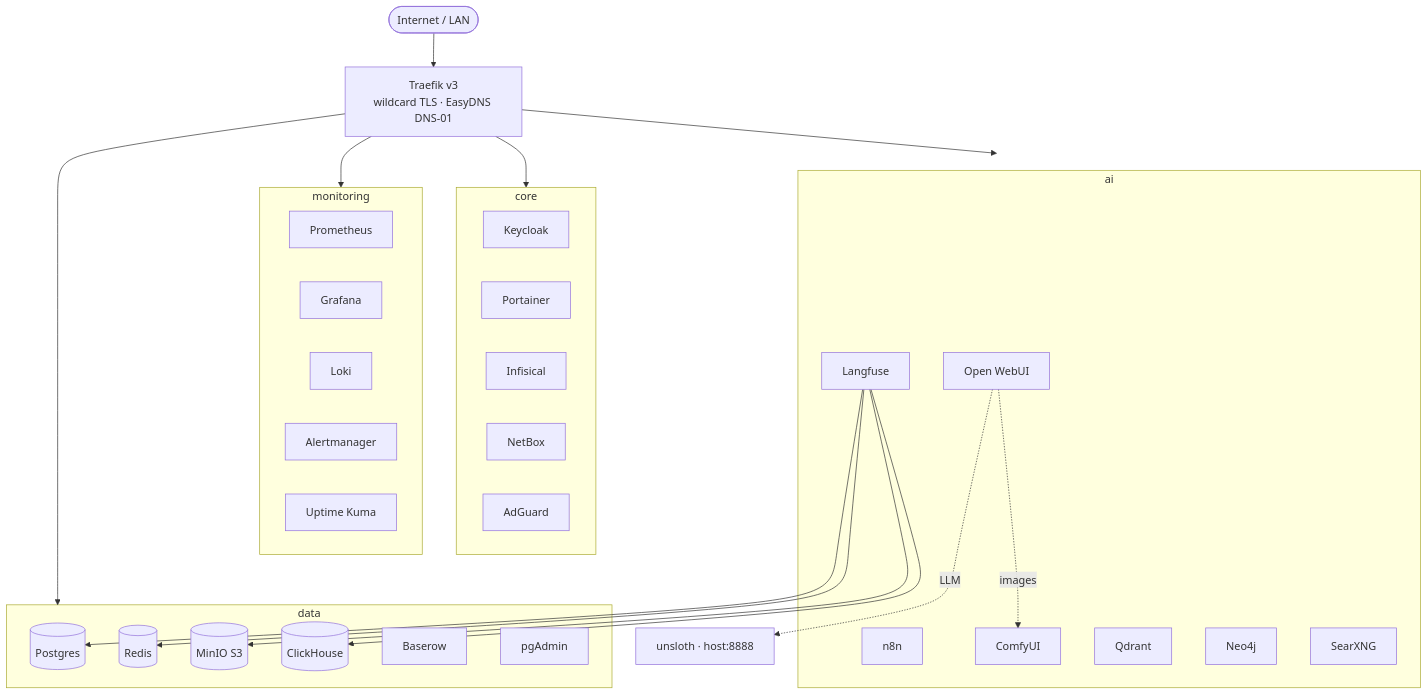
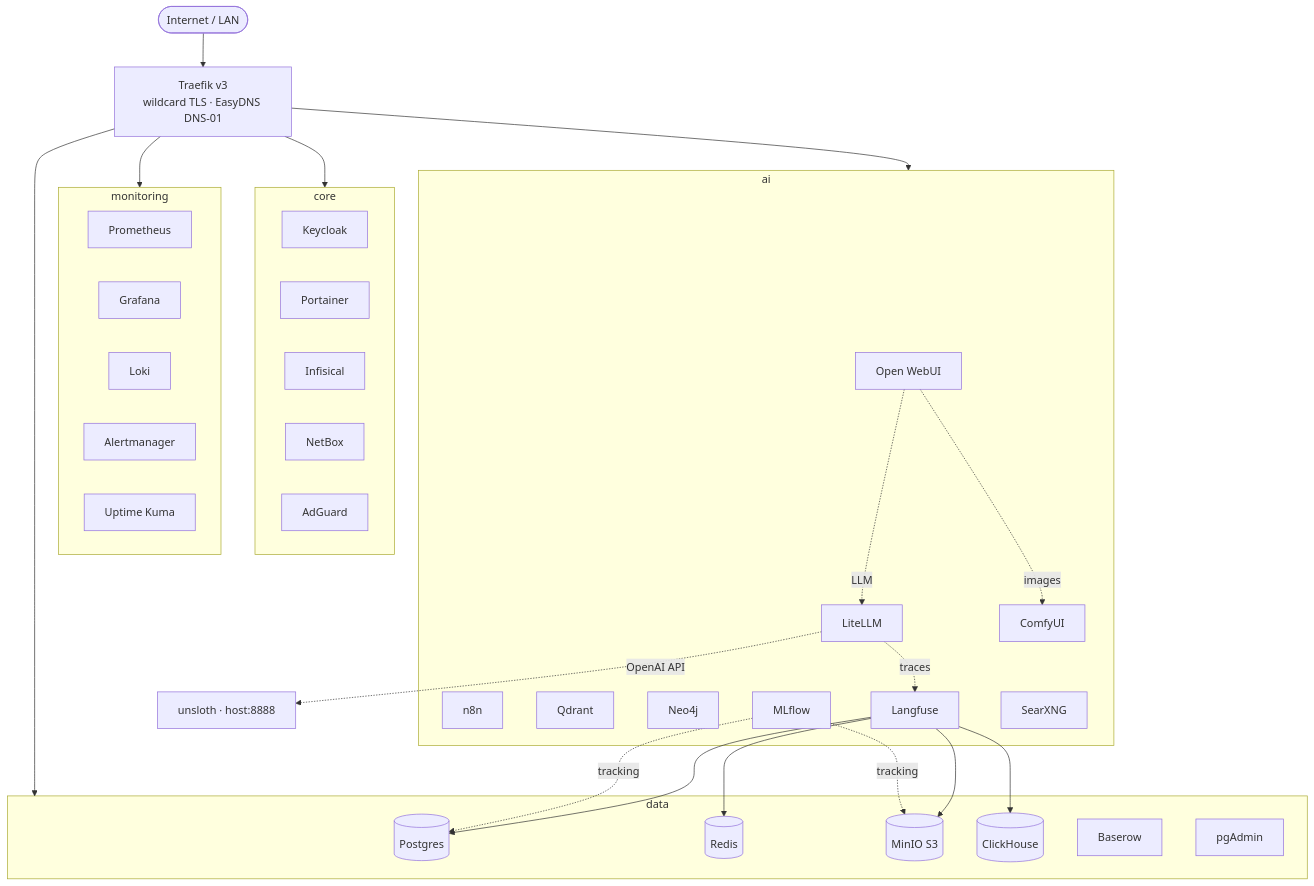
One commit to Bleenq-Technology/ai-homelab changed the diagram in README.md. Above: the diagram before and after it, drawn with Mermaid. The commit also changed 1 other file, not shown here.

Commit message:
docs: update architecture diagram (LiteLLM/Langfuse path) + persist OpenWebUI system prompt
- README mermaid: OpenWebUI -> LiteLLM -> unsloth, LiteLLM -> Langfuse traces;
  added LiteLLM + MLflow nodes.
- OpenWebUI README: document the model system prompt (lives in OpenWebUI's SQLite
  DB, not Postgres) + a re-apply snippet for reproducibility.

````diff
--- a/README.md
+++ b/README.md
@@ -25,20 +25,22 @@
 ```mermaid
 flowchart TD
     Net([Internet / LAN]) --> TR[Traefik v3<br/>wildcard TLS · EasyDNS DNS-01]
     subgraph core[core]
       KC[Keycloak] & PT[Portainer] & INF[Infisical] & NB[NetBox] & AG[AdGuard]
     end
     subgraph data[data]
       PG[(Postgres)] & RD[(Redis)] & MIN[(MinIO S3)] & CH[(ClickHouse)] & BR[Baserow] & PGA[pgAdmin]
     end
     subgraph mon[monitoring]
       PR[Prometheus] & GR[Grafana] & LK[Loki] & AM[Alertmanager] & UK[Uptime Kuma]
     end
     subgraph ai[ai]
-      OW[Open WebUI] & N8[n8n] & CF[ComfyUI] & QD[Qdrant] & NEO[Neo4j] & LF[Langfuse] & SX[SearXNG]
+      OW[Open WebUI] & LL[LiteLLM] & N8[n8n] & CF[ComfyUI] & QD[Qdrant] & NEO[Neo4j] & LF[Langfuse] & MLF[MLflow] & SX[SearXNG]
     end
     TR --> core & data & mon & ai
-    OW -. LLM .-> UNS[unsloth · host:8888]
+    OW -. LLM .-> LL -. OpenAI API .-> UNS[unsloth · host:8888]
+    LL -. traces .-> LF
     OW -. images .-> CF
     LF --> PG & CH & RD & MIN
+    MLF -. tracking .-> PG & MIN
 ```
````
